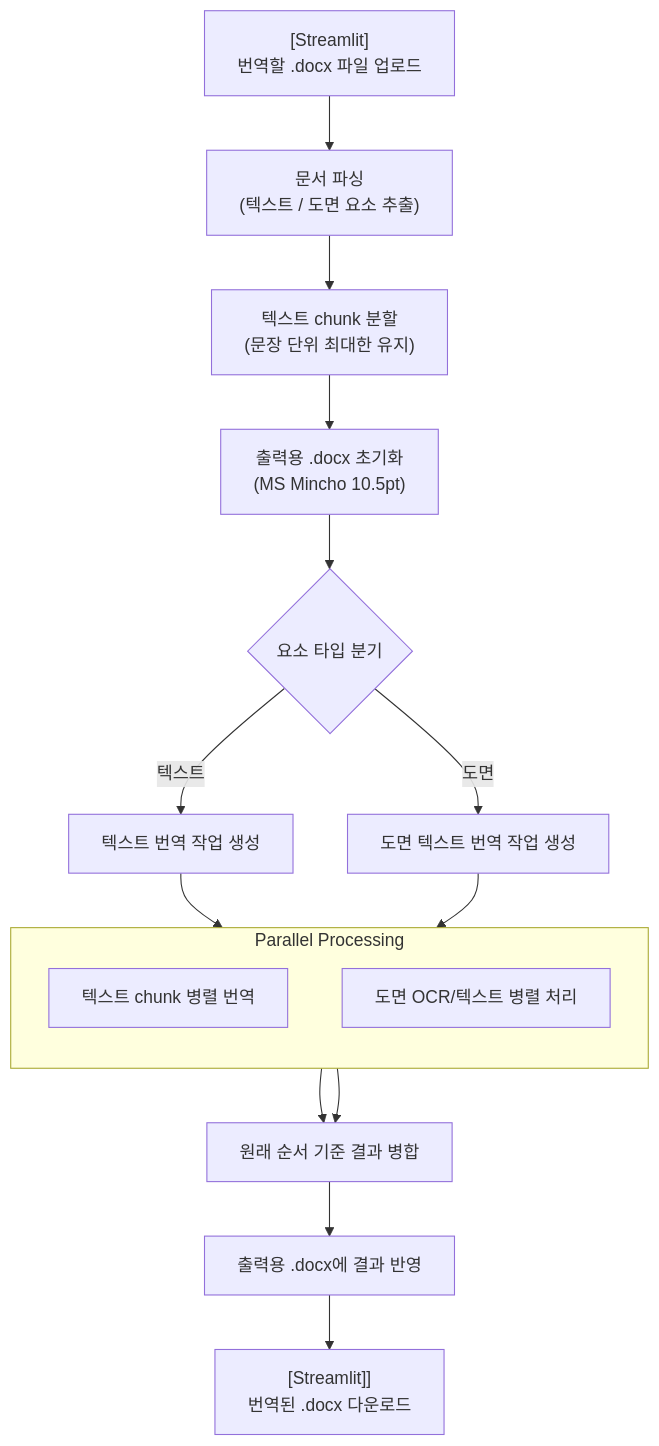
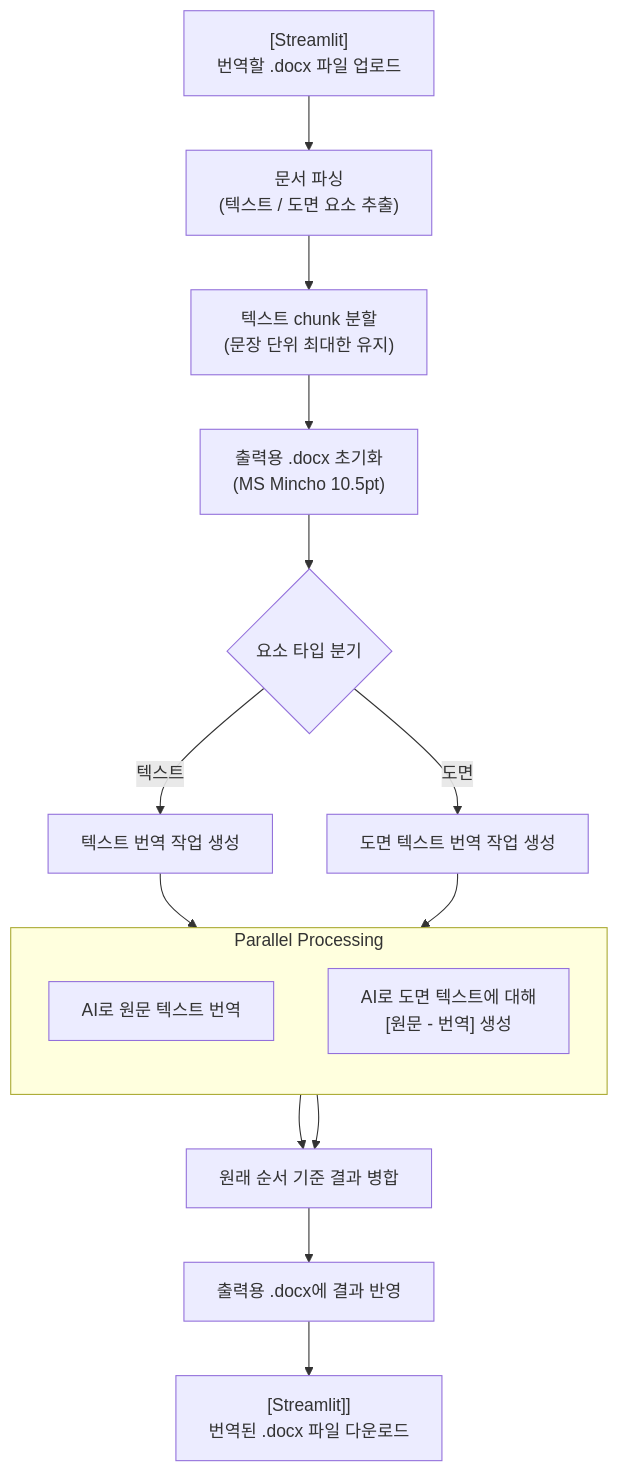
One commit to do0ori/ko-jp-patent-translator changed the first of 2 diagrams in README.md. Above: the diagram before and after it, drawn with Mermaid. The commit also changed other lines of this file, not shown here.

````diff
--- a/README.md
+++ b/README.md
@@ -41,26 +41,26 @@
 ```mermaid
 flowchart TD
   A["[Streamlit]<br/>번역할 .docx 파일 업로드"]
   B["문서 파싱<br/>(텍스트 / 도면 요소 추출)"]
   C["텍스트 chunk 분할<br/>(문장 단위 최대한 유지)"]
   D["출력용 .docx 초기화<br/>(MS Mincho 10.5pt)"]
 
   E{"요소 타입 분기"}
   T["텍스트 번역 작업 생성"]
   I["도면 텍스트 번역 작업 생성"]
 
   subgraph P["Parallel Processing"]
     direction TB
-    PT["텍스트 chunk 병렬 번역"]
-    PI["도면 OCR/텍스트 병렬 처리"]
+    PT["AI로 원문 텍스트 번역"]
+    PI["AI로 도면 텍스트에 대해<br>[원문 - 번역] 생성"]
   end
 
   M["원래 순서 기준 결과 병합"]
   W["출력용 .docx에 결과 반영"]
-  Z["[Streamlit]]<br/>번역된 .docx 다운로드"]
+  Z["[Streamlit]]<br/>번역된 .docx 파일 다운로드"]
 
   A --> B --> C --> D --> E
   E -->|텍스트| T --> PT --> M
   E -->|도면| I --> PI --> M
   M --> W --> Z
 ```
````
